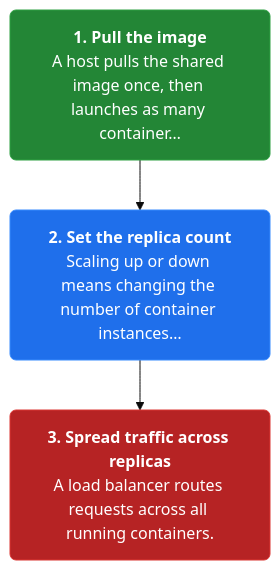
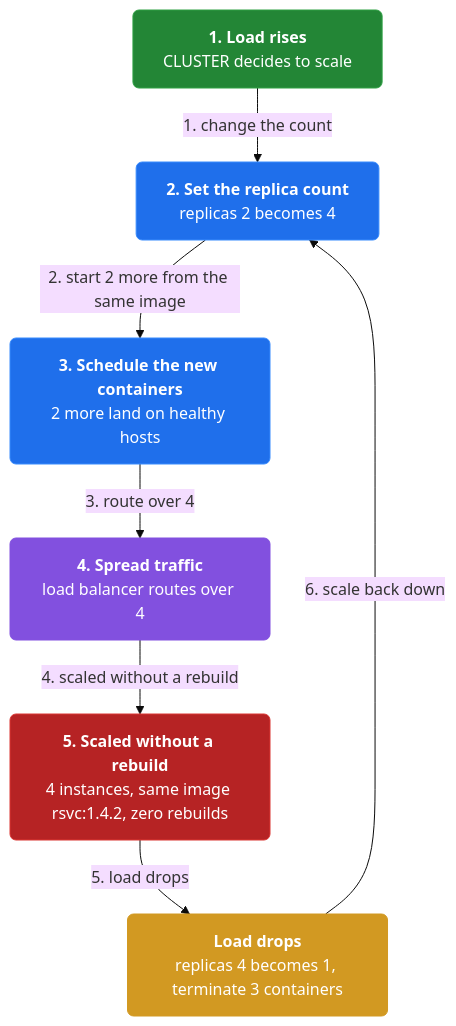
One commit to vinayakuber/microservices-io-study-guide changed the second of 4 diagrams in docs/ch37-service-per-container.md. Above: the diagram before and after it, drawn with Mermaid (base theme). The commit also changed other lines of this file and 46 other files, not shown here.

First line of the commit message:
Author rich branching flow diagrams for all 44 chapters

````diff
--- a/docs/ch37-service-per-container.md
+++ b/docs/ch37-service-per-container.md
@@ -54,11 +63,20 @@
 ```mermaid
 flowchart TD
-  classDef step fill:#1f6feb,color:#ffffff,stroke:#388bfd,stroke-width:1px,rx:6
+  classDef step fill:#1f6feb,color:#ffffff,stroke:#388bfd,rx:6
+  classDef core fill:#8250df,color:#ffffff,stroke:#8250df,rx:6
+  classDef warn fill:#d29922,color:#ffffff,stroke:#d29922,rx:6
   classDef start fill:#238636,color:#ffffff,stroke:#2ea043,rx:6
   classDef stop fill:#b62324,color:#ffffff,stroke:#da3633,rx:6
-  s1n0["<b>1. Pull the image</b><br/>A host pulls the shared image once, then launches as many container…"]:::start
-  s1n1["<b>2. Set the replica count</b><br/>Scaling up or down means changing the number of container instances…"]:::step
-  s1n2["<b>3. Spread traffic across replicas</b><br/>A load balancer routes requests across all running containers."]:::stop
-  s1n0 --> s1n1
-  s1n1 --> s1n2
+n0["<b>1. Load rises</b><br/>CLUSTER decides to scale"]:::start
+  n1["<b>2. Set the replica count</b><br/>replicas 2 becomes 4"]:::step
+  n2["<b>3. Schedule the new containers</b><br/>2 more land on healthy hosts"]:::step
+  n3["<b>4. Spread traffic</b><br/>load balancer routes over 4"]:::core
+  n4["<b>5. Scaled without a rebuild</b><br/>4 instances, same image rsvc:1.4.2, zero rebuilds"]:::stop
+  n5["<b>Load drops</b><br/>replicas 4 becomes 1, terminate 3 containers"]:::warn
+  n0 -->|"1. change the count"| n1
+  n1 -->|"2. start 2 more from the same image"| n2
+  n2 -->|"3. route over 4"| n3
+  n3 -->|"4. scaled without a rebuild"| n4
+  n4 -->|"5. load drops"| n5
+  n5 -->|"6. scale back down"| n1
 ```
````
